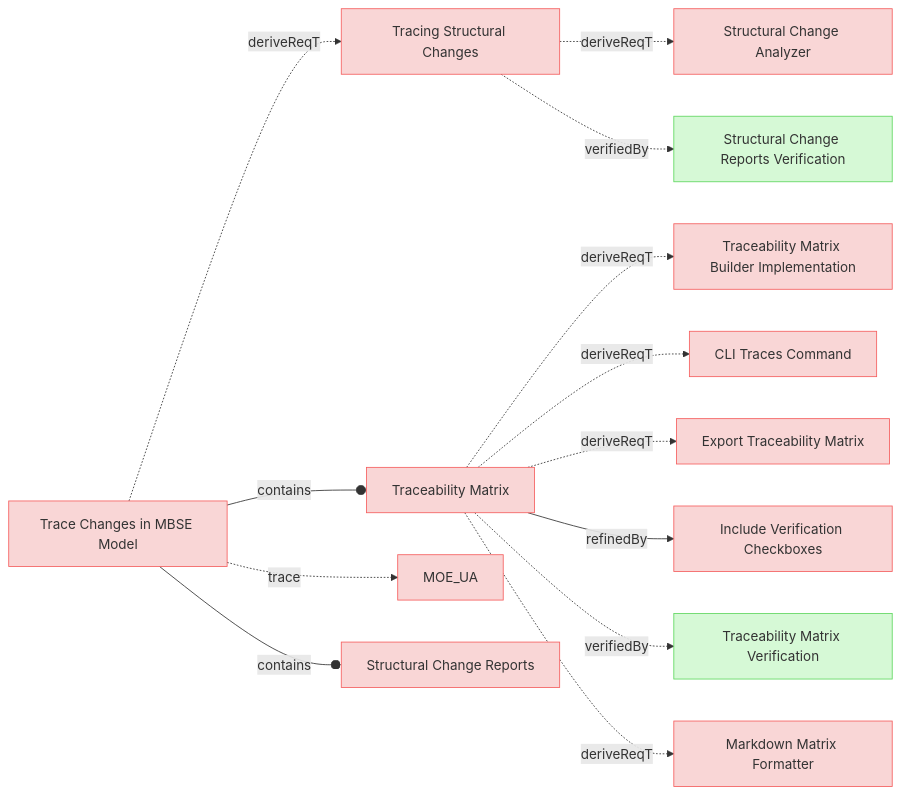
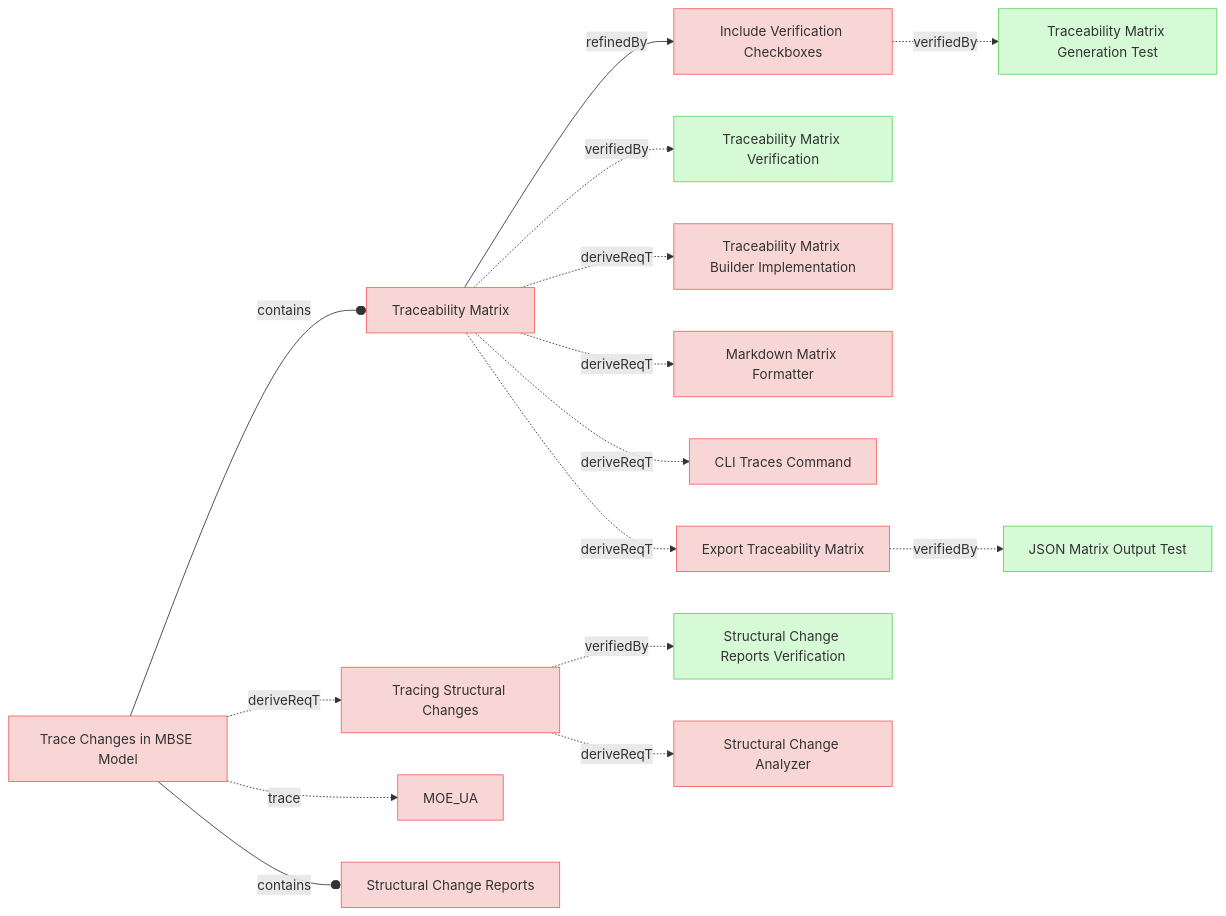
The sixth of 9 diagrams in specifications/UserRequirements.md (reqvire-org/reqvire), drawn with Mermaid before and after one commit. The commit also changed other lines of this file and 18 other files, not shown here.

Commit message:
Updated diagrams

````diff
--- a/specifications/UserRequirements.md
+++ b/specifications/UserRequirements.md
@@ -821,61 +837,69 @@
 ```mermaid
 graph LR;
   %% REQVIRE-AUTOGENERATED-DIAGRAM
   %% Graph styling
   classDef requirement fill:#f9d6d6,stroke:#f55f5f,stroke-width:1px;
   classDef verification fill:#d6f9d6,stroke:#5fd75f,stroke-width:1px;
   classDef externalLink fill:#d0e0ff,stroke:#3080ff,stroke-width:1px;
   classDef default fill:#f5f5f5,stroke:#333333,stroke-width:1px;
 
-  d7b7b13a5b8d96e1["Tracing Structural Changes"];
-  class d7b7b13a5b8d96e1 requirement;
-  click d7b7b13a5b8d96e1 "UserRequirements.md#tracing-structural-changes";
-  d34d7e14d2a235a2["Structural Change Analyzer"];
-  class d34d7e14d2a235a2 requirement;
-  click d34d7e14d2a235a2 "SystemRequirements/Requirements.md#structural-change-analyzer";
-  d7b7b13a5b8d96e1 -.->|deriveReqT| d34d7e14d2a235a2;
-  b0e8adb6596a35e7["Structural Change Reports Verification"];
-  class b0e8adb6596a35e7 verification;
-  click b0e8adb6596a35e7 "Verifications/ChangeImpactTests.md#structural-change-reports-verification";
-  d7b7b13a5b8d96e1 -.->|verifiedBy| b0e8adb6596a35e7;
-  7de9a55d6102af23["Export Traceability Matrix"];
-  class 7de9a55d6102af23 requirement;
-  click 7de9a55d6102af23 "UserRequirements.md#export-traceability-matrix";
   6d32b919c82784b7["Include Verification Checkboxes"];
   class 6d32b919c82784b7 requirement;
   click 6d32b919c82784b7 "UserRequirements.md#include-verification-checkboxes";
+  aa85c85e7c41d899["Traceability Matrix Generation Test"];
+  class aa85c85e7c41d899 verification;
+  click aa85c85e7c41d899 "Verifications/TreacibilityMatrix.md#traceability-matrix-generation-test";
+  6d32b919c82784b7 -.->|verifiedBy| aa85c85e7c41d899;
   4e30ea0930dc9c26["Traceability Matrix"];
   class 4e30ea0930dc9c26 requirement;
   click 4e30ea0930dc9c26 "UserRequirements.md#traceability-matrix";
-  b55d8517cd3e58["Traceability Matrix Builder Implementation"];
-  class b55d8517cd3e58 requirement;
-  click b55d8517cd3e58 "SystemRequirements/Requirements.md#traceability-matrix-builder-implementation";
-  4e30ea0930dc9c26 -.->|deriveReqT| b55d8517cd3e58;
-  5bfc0d5fd7bba25["CLI Traces Command"];
-  class 5bfc0d5fd7bba25 requirement;
-  click 5bfc0d5fd7bba25 "SystemRequirements/Requirements.md#cli-traces-command";
-  4e30ea0930dc9c26 -.->|deriveReqT| 5bfc0d5fd7bba25;
-  4e30ea0930dc9c26 -.->|deriveReqT| 7de9a55d6102af23;
   4e30ea0930dc9c26 -->|refinedBy| 6d32b919c82784b7;
   11c3285e74c8d60b["Traceability Matrix Verification"];
   class 11c3285e74c8d60b verification;
   click 11c3285e74c8d60b "Verifications/ChangeImpactTests.md#traceability-matrix-verification";
   4e30ea0930dc9c26 -.->|verifiedBy| 11c3285e74c8d60b;
+  b55d8517cd3e58["Traceability Matrix Builder Implementation"];
+  class b55d8517cd3e58 requirement;
+  click b55d8517cd3e58 "SystemRequirements/Requirements.md#traceability-matrix-builder-implementation";
+  4e30ea0930dc9c26 -.->|deriveReqT| b55d8517cd3e58;
   1b7491b67a792bc9["Markdown Matrix Formatter"];
   class 1b7491b67a792bc9 requirement;
   click 1b7491b67a792bc9 "SystemRequirements/Requirements.md#markdown-matrix-formatter";
   4e30ea0930dc9c26 -.->|deriveReqT| 1b7491b67a792bc9;
+  5bfc0d5fd7bba25["CLI Traces Command"];
+  class 5bfc0d5fd7bba25 requirement;
+  click 5bfc0d5fd7bba25 "SystemRequirements/Requirements.md#cli-traces-command";
+  4e30ea0930dc9c26 -.->|deriveReqT| 5bfc0d5fd7bba25;
+  7de9a55d6102af23["Export Traceability Matrix"];
+  class 7de9a55d6102af23 requirement;
+  click 7de9a55d6102af23 "UserRequirements.md#export-traceability-matrix";
+  4e30ea0930dc9c26 -.->|deriveReqT| 7de9a55d6102af23;
+  d7b7b13a5b8d96e1["Tracing Structural Changes"];
+  class d7b7b13a5b8d96e1 requirement;
+  click d7b7b13a5b8d96e1 "UserRequirements.md#tracing-structural-changes";
+  b0e8adb6596a35e7["Structural Change Reports Verification"];
+  class b0e8adb6596a35e7 verification;
+  click b0e8adb6596a35e7 "Verifications/ChangeImpactTests.md#structural-change-reports-verification";
+  d7b7b13a5b8d96e1 -.->|verifiedBy| b0e8adb6596a35e7;
+  d34d7e14d2a235a2["Structural Change Analyzer"];
+  class d34d7e14d2a235a2 requirement;
+  click d34d7e14d2a235a2 "SystemRequirements/Requirements.md#structural-change-analyzer";
+  d7b7b13a5b8d96e1 -.->|deriveReqT| d34d7e14d2a235a2;
+  50c290277850dd17["JSON Matrix Output Test"];
+  class 50c290277850dd17 verification;
+  click 50c290277850dd17 "Verifications/TreacibilityMatrix.md#json-matrix-output-test";
+  7de9a55d6102af23 -.->|verifiedBy| 50c290277850dd17;
   5ef9c8ae19a9f55a["Trace Changes in MBSE Model"];
   class 5ef9c8ae19a9f55a requirement;
   click 5ef9c8ae19a9f55a "UserStories.md#trace-changes-in-mbse-model";
   2c5f30f14e792200["MOE_UA"];
   class 2c5f30f14e792200 requirement;
   click 2c5f30f14e792200 "MOEs.md#moe_ua";
   5ef9c8ae19a9f55a -.->|trace| 2c5f30f14e792200;
-  5ef9c8ae19a9f55a -.->|deriveReqT| d7b7b13a5b8d96e1;
   1908501a80db5c46["Structural Change Reports"];
   class 1908501a80db5c46 requirement;
   click 1908501a80db5c46 "UserRequirements.md#structural-change-reports";
   5ef9c8ae19a9f55a --o|contains| 1908501a80db5c46;
   5ef9c8ae19a9f55a --o|contains| 4e30ea0930dc9c26;
+  5ef9c8ae19a9f55a -.->|deriveReqT| d7b7b13a5b8d96e1;
 ```
````
